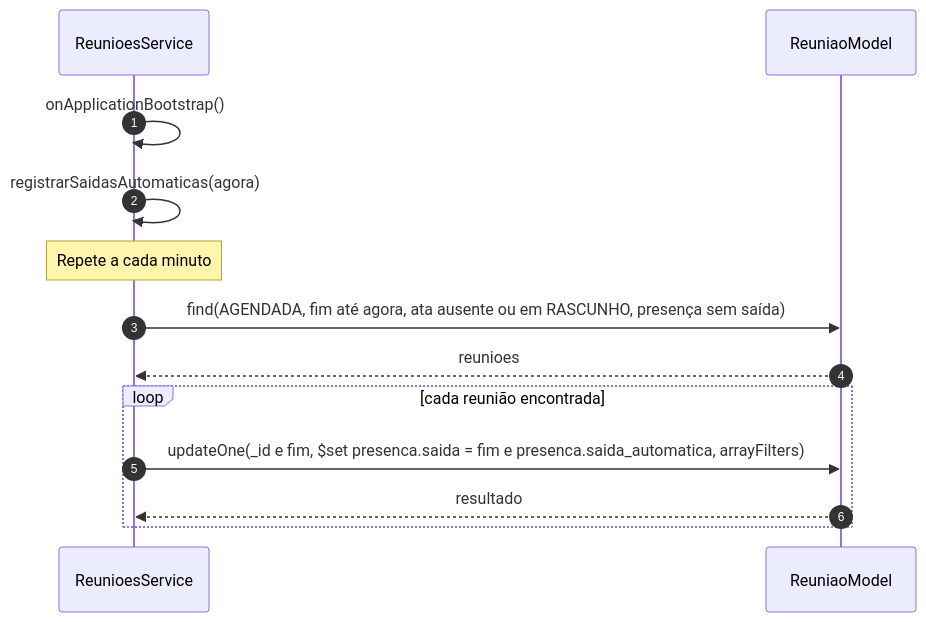
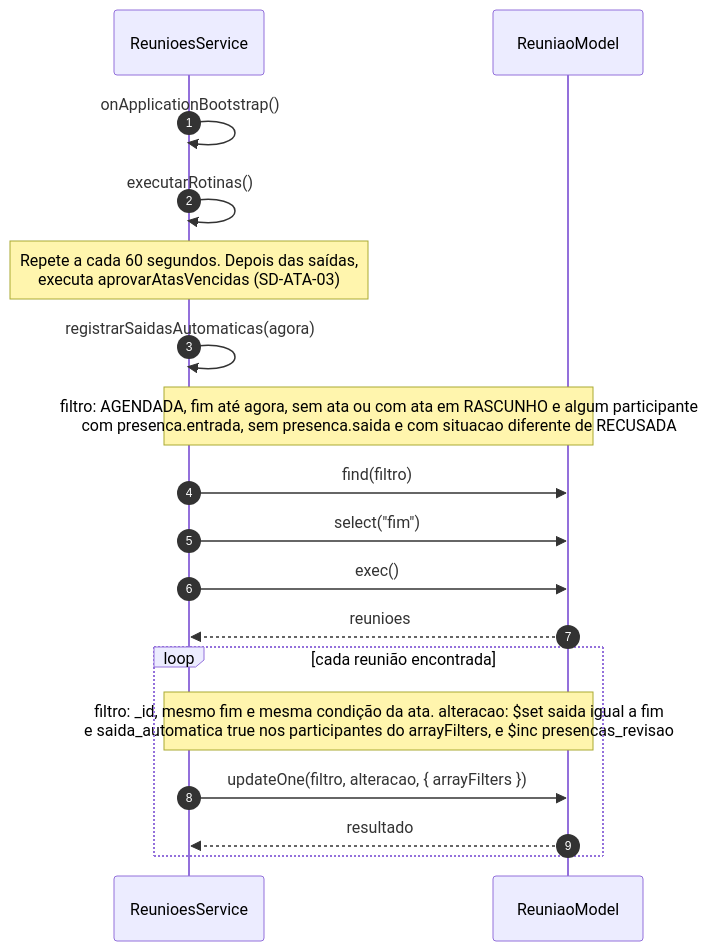
One commit to Conecta-IFSP/DOCUMENTATION changed the eighth of 20 diagrams in 3 - Incremento2/reunioes/6 - diagramas-sequencia-reunioes.md. Above: the diagram before and after it, drawn with Mermaid. The commit also changed other lines of this file and 10 other files, not shown here.

````diff
--- a/3 - Incremento2/reunioes/6 - diagramas-sequencia-reunioes.md
+++ b/3 - Incremento2/reunioes/6 - diagramas-sequencia-reunioes.md
@@ -255,15 +317,20 @@
 ```mermaid
 sequenceDiagram
     autonumber
     participant S as ReunioesService
     participant M as ReuniaoModel
     S->>S: onApplicationBootstrap()
+    S->>S: executarRotinas()
+    Note over S: Repete a cada 60 segundos. Depois das saídas,<br/>executa aprovarAtasVencidas (SD-ATA-03)
     S->>S: registrarSaidasAutomaticas(agora)
-    Note over S: Repete a cada minuto
-    S->>M: find(AGENDADA, fim até agora, ata ausente ou em RASCUNHO, presença sem saída)
+    Note over S,M: filtro: AGENDADA, fim até agora, sem ata ou com ata em RASCUNHO e algum participante<br/>com presenca.entrada, sem presenca.saida e com situacao diferente de RECUSADA
+    S->>M: find(filtro)
+    S->>M: select("fim")
+    S->>M: exec()
     M-->>S: reunioes
     loop cada reunião encontrada
-        S->>M: updateOne(_id e fim, $set presenca.saida = fim e presenca.saida_automatica, arrayFilters)
+        Note over S,M: filtro: _id, mesmo fim e mesma condição da ata. alteracao: $set saida igual a fim<br/>e saida_automatica true nos participantes do arrayFilters, e $inc presencas_revisao
+        S->>M: updateOne(filtro, alteracao, { arrayFilters })
         M-->>S: resultado
     end
 ```
````
